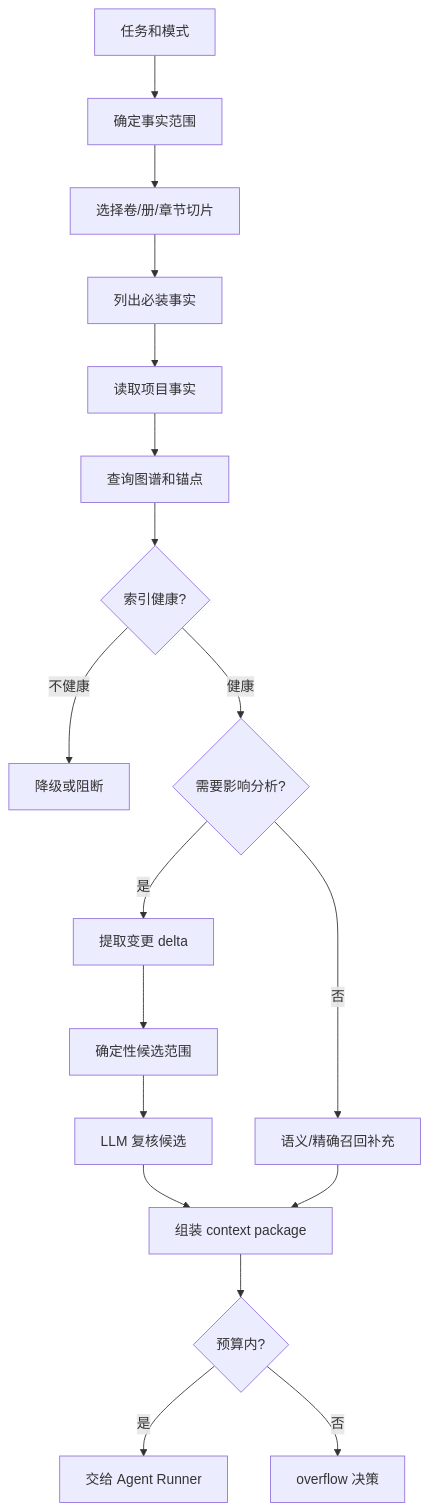
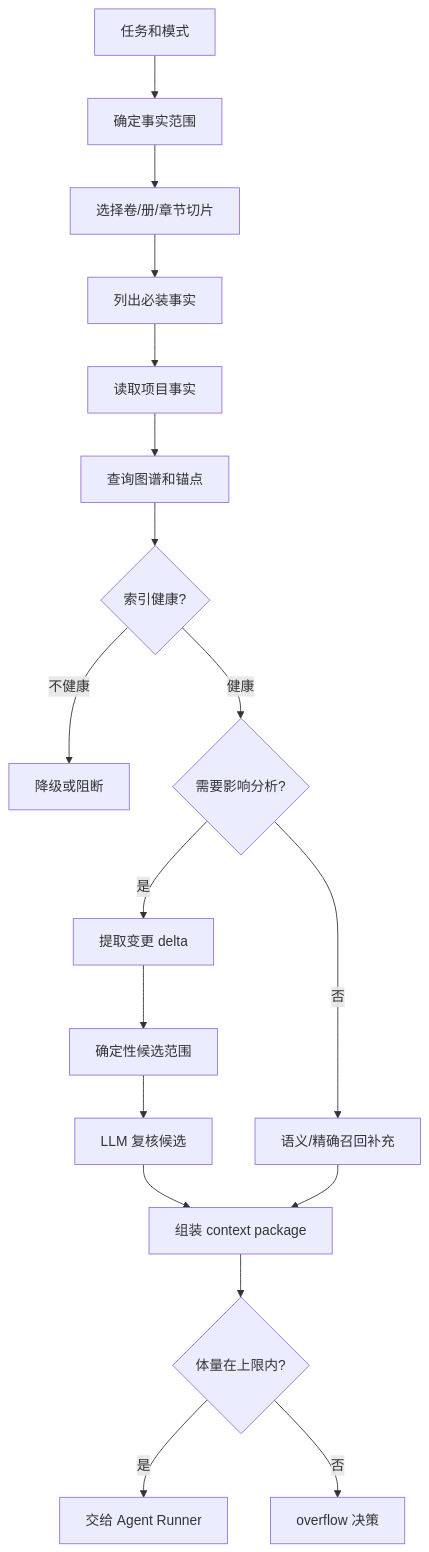
One commit to jinhuang712/open-novel changed the first of 3 diagrams in spec/S07-context-management.md. Above: the diagram before and after it, drawn with Mermaid. The commit also changed other lines of this file and 30 other files, not shown here.

````diff
--- a/spec/S07-context-management.md
+++ b/spec/S07-context-management.md
@@ -20,20 +20,20 @@
 ```mermaid
 flowchart TD
   Task[任务和模式] --> Scope[确定事实范围]
   Scope --> Partition[选择卷/册/章节切片]
   Partition --> Must[列出必装事实]
   Must --> Facts[读取项目事实]
   Facts --> KG[查询图谱和锚点]
   KG --> Health{索引健康?}
   Health -->|不健康| Degrade[降级或阻断]
   Health -->|健康| Impact{需要影响分析?}
   Impact -->|是| Delta[提取变更 delta]
   Delta --> Candidates[确定性候选范围]
   Candidates --> Review[LLM 复核候选]
   Impact -->|否| Recall[语义/精确召回补充]
   Review --> Pack[组装 context package]
   Recall --> Pack
-  Pack --> Budget{预算内?}
+  Pack --> Budget{体量在上限内?}
   Budget -->|是| Runner[交给 Agent Runner]
   Budget -->|否| Overflow[overflow 决策]
 ```
````
